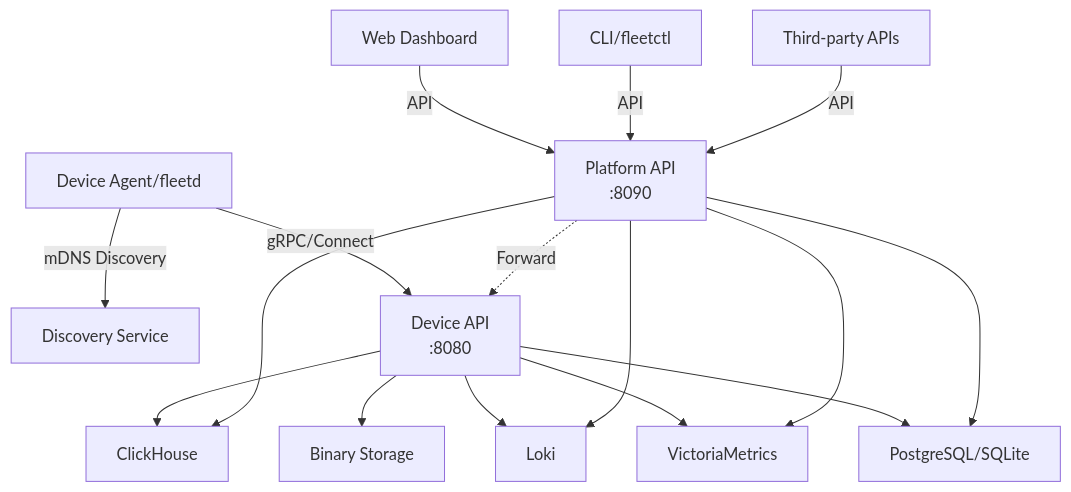
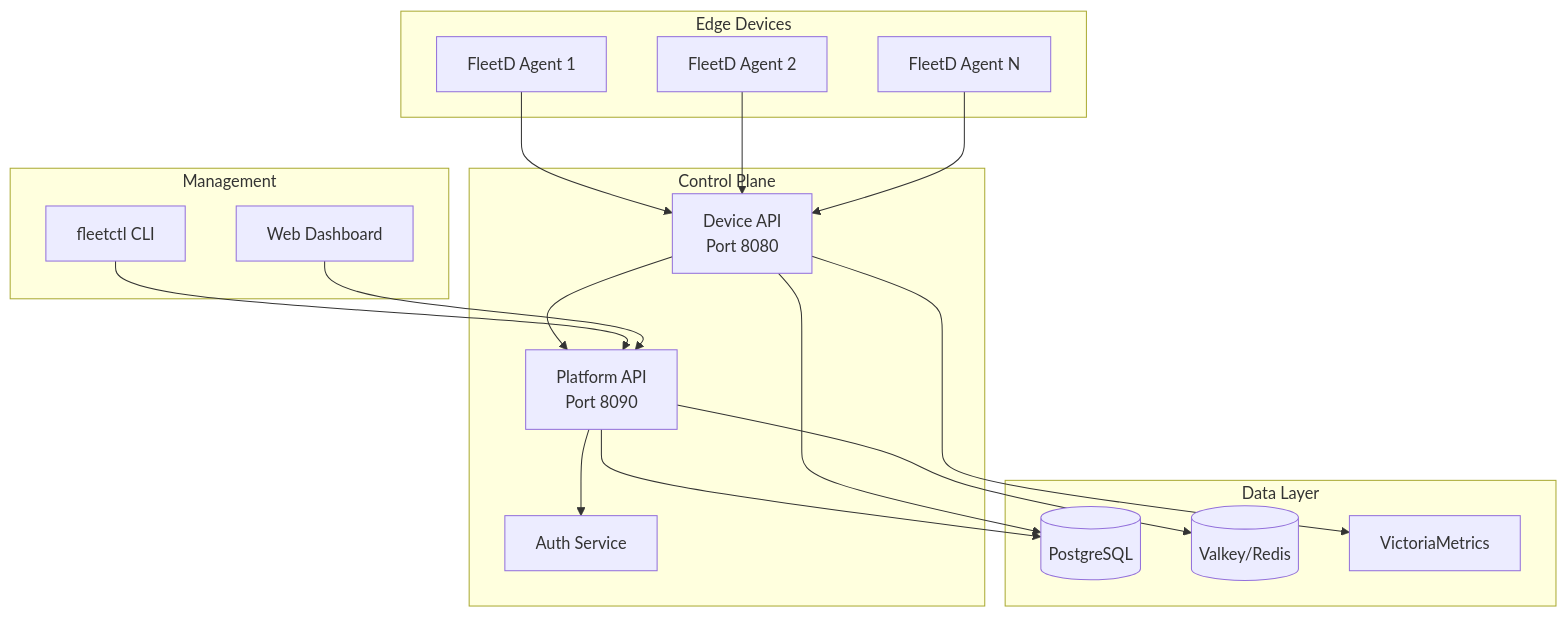
The diagram in README.md (fleetd-sh/fleetd), drawn with Mermaid before and after one commit. The commit also changed other lines of this file and 23 other files, not shown here.

````diff
--- a/README.md
+++ b/README.md
@@ -9,18 +34,37 @@
 ```mermaid
-graph TD
-    A[Device Agent/fleetd] -->|mDNS Discovery| B[Discovery Service]
-    A -->|gRPC/Connect| C[Device API<br/>:8080]
-    C --> D[PostgreSQL/SQLite]
-    C --> E[Binary Storage]
-    C --> F[VictoriaMetrics]
-    C --> G[Loki]
-    C --> H[ClickHouse]
-    I[Web Dashboard] -->|API| P[Platform API<br/>:8090]
-    J[CLI/fleetctl] -->|API| P
-    K[Third-party APIs] -->|API| P
-    P --> D
-    P --> F
-    P --> G
-    P --> H
-    P -.->|Forward| C
+graph TB
+    subgraph "Edge Devices"
+        A[FleetD Agent 1]
+        B[FleetD Agent 2]
+        C[FleetD Agent N]
+    end
+
+    subgraph "Control Plane"
+        D[Platform API<br/>Port 8090]
+        E[Device API<br/>Port 8080]
+        F[Auth Service]
+    end
+
+    subgraph "Data Layer"
+        G[(PostgreSQL)]
+        H[(Valkey/Redis)]
+        I[VictoriaMetrics]
+    end
+
+    subgraph "Management"
+        J[fleetctl CLI]
+        K[Web Dashboard]
+    end
+
+    A --> E
+    B --> E
+    C --> E
+    E --> D
+    D --> F
+    D --> G
+    D --> H
+    E --> G
+    E --> I
+    J --> D
+    K --> D
 ```
````
